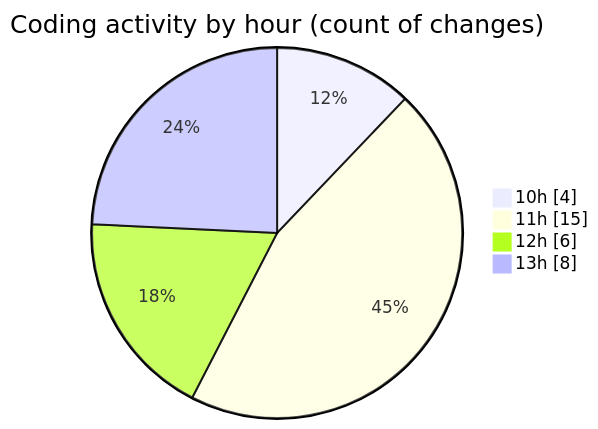
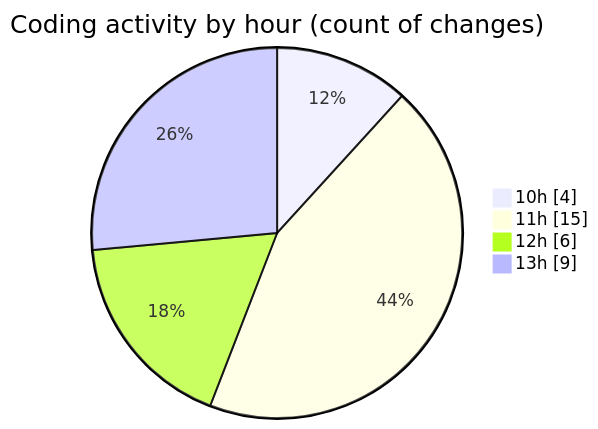
Before and after one commit to nxtqubesakshisongat/code-tracking: the second of 2 diagrams in 2026-01-08/nxtqube_webapp/README.md, drawn with Mermaid. The commit also changed other lines of this file and 1 other file, not shown here.

````diff
--- a/2026-01-08/nxtqube_webapp/README.md
+++ b/2026-01-08/nxtqube_webapp/README.md
@@ -32,8 +32,8 @@
 ```mermaid
 pie showData
 title Coding activity by hour (count of changes)
 "10h" : 4
 "11h" : 15
 "12h" : 6
-"13h" : 8
+"13h" : 9
 ```
````
